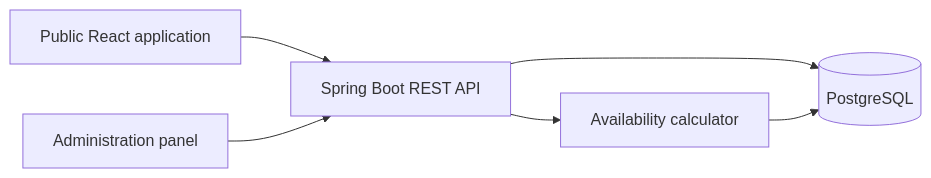
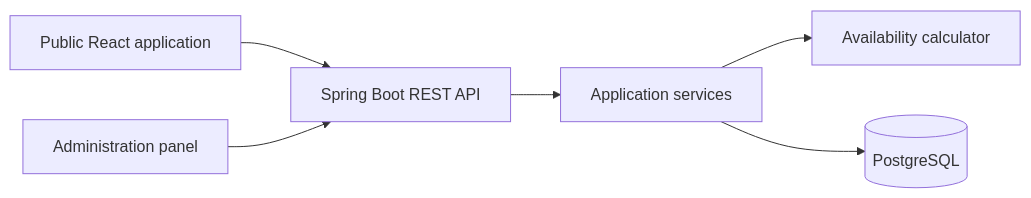
The diagram in README.md (gregdzyg/Lash-Brow-Atelier), drawn with Mermaid before and after one commit. The commit also changed other lines of this file and 7 other files, not shown here.

````diff
--- a/README.md
+++ b/README.md
@@ -66,14 +70,15 @@
 ```mermaid
 flowchart LR
     Public["Public React application"]
     Admin["Administration panel"]
     API["Spring Boot REST API"]
+    Services["Application services"]
     Calculator["Availability calculator"]
     Database[("PostgreSQL")]
 
     Public --> API
     Admin --> API
-    API --> Calculator
-    API --> Database
-    Calculator --> Database
+    API --> Services
+    Services --> Calculator
+    Services --> Database
 ```
````
